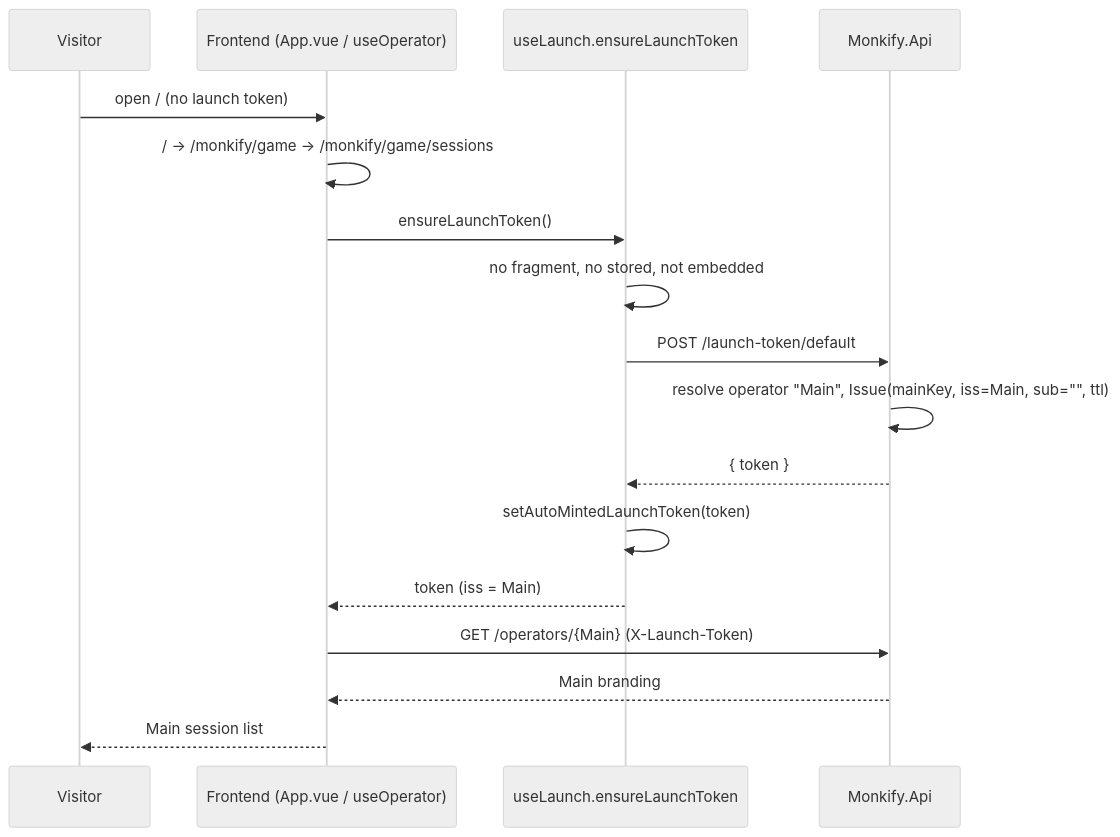
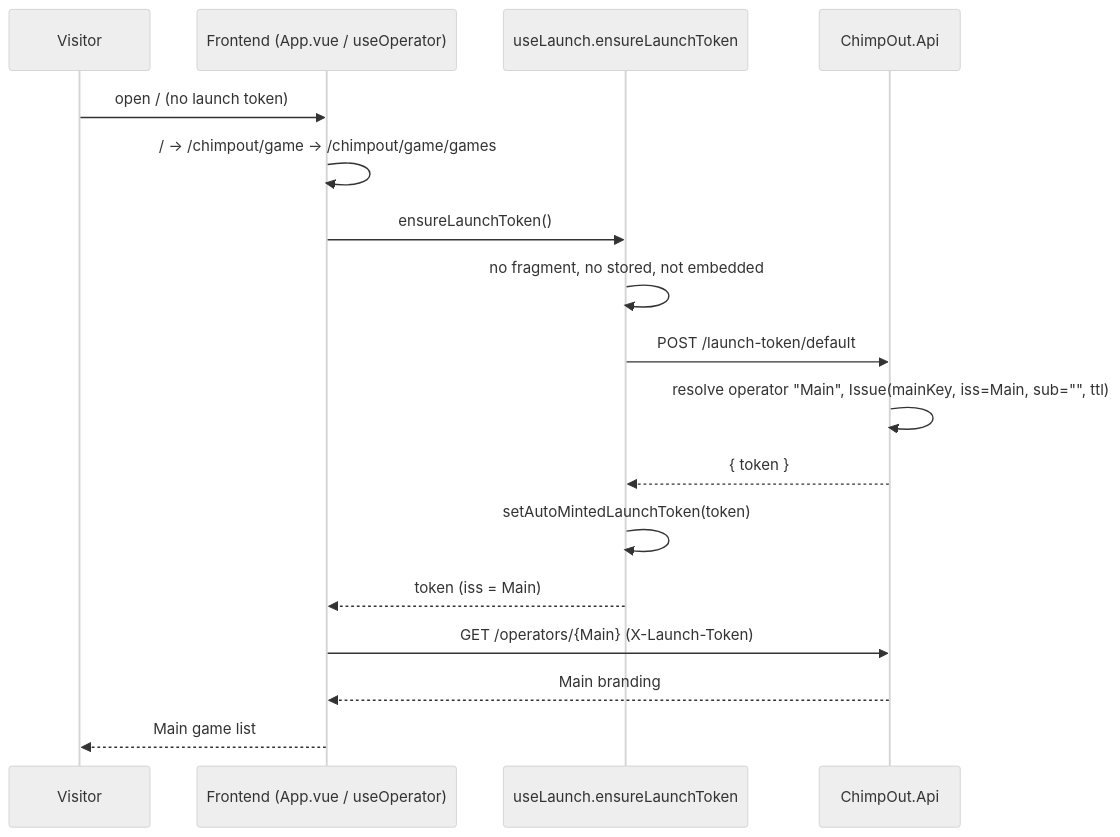
Before and after one commit to marcusruas/monkify-meta: the first of 2 diagrams in specs/main-production-operator.md, drawn with Mermaid (neutral theme). The commit also changed other lines of this file and 57 other files, not shown here.

First line of the commit message:
Rebrand: Monkify->ChimpOut, Session->Game in KB prose (monkify-meta)

````diff
--- a/specs/main-production-operator.md
+++ b/specs/main-production-operator.md
@@ -481,20 +481,20 @@
 ```mermaid
 sequenceDiagram
   participant U as Visitor
   participant SPA as Frontend (App.vue / useOperator)
   participant L as useLaunch.ensureLaunchToken
-  participant API as Monkify.Api
+  participant API as ChimpOut.Api
 
   U->>SPA: open / (no launch token)
-  SPA->>SPA: / → /monkify/game → /monkify/game/sessions
+  SPA->>SPA: / → /chimpout/game → /chimpout/game/games
   SPA->>L: ensureLaunchToken()
   L->>L: no fragment, no stored, not embedded
   L->>API: POST /launch-token/default
   API->>API: resolve operator "Main", Issue(mainKey, iss=Main, sub="", ttl)
   API-->>L: { token }
   L->>L: setAutoMintedLaunchToken(token)
   L-->>SPA: token (iss = Main)
   SPA->>API: GET /operators/{Main} (X-Launch-Token)
   API-->>SPA: Main branding
-  SPA-->>U: Main session list
+  SPA-->>U: Main game list
 ```
````
